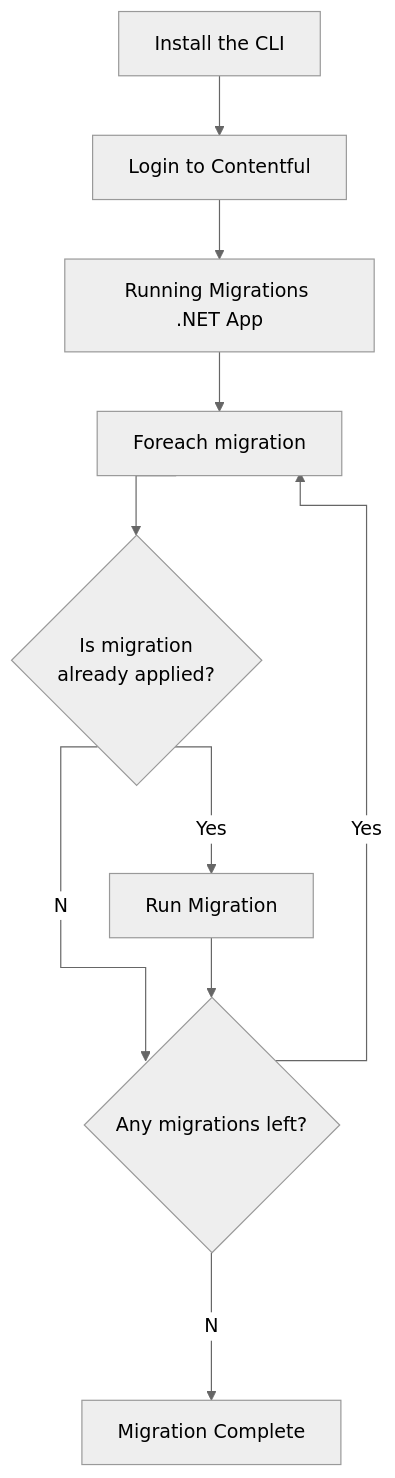
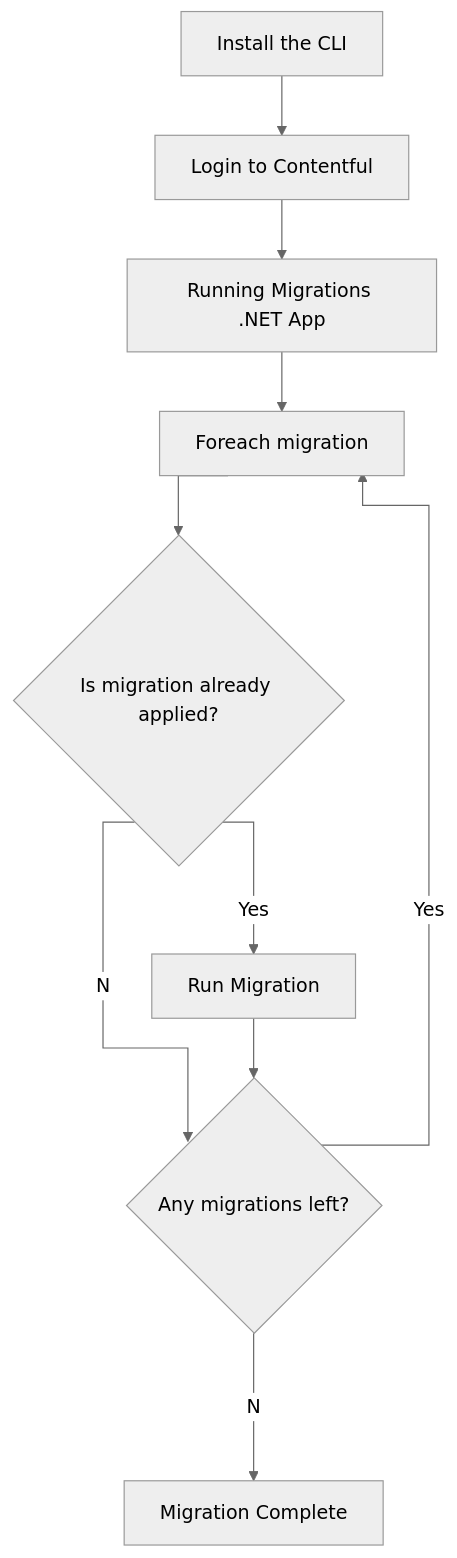
One commit to DFE-Digital/care-leavers changed the third of 3 diagrams in docs/architecture/Deployment-Architecture.md. Above: the diagram before and after it, drawn with Mermaid (neutral theme). The commit also changed other lines of this file, not shown here.

Commit message:
Contentful environment doc update

````diff
--- a/docs/architecture/Deployment-Architecture.md
+++ b/docs/architecture/Deployment-Architecture.md
@@ -53,16 +53,15 @@
 ```mermaid
 %%{ init: { 'flowchart': { 'curve': 'stepAfter' } } }%%
 flowchart TD
     accDescr: "Contentful Migration Process"
     
     A["Install the CLI"]-->B["Login to Contentful"]
     B-->C["Running Migrations .NET App"]
     C-->D["Foreach migration"]
-    D-->E{Is migration 
-    already applied?}
+    D-->E{Is migration already applied?}
     E--No-->G{Any migrations left?}
     E--Yes-->F["Run Migration"]
     F-->G
     G--Yes-->D
     G--No-->H["Migration Complete"]
 ```
````
